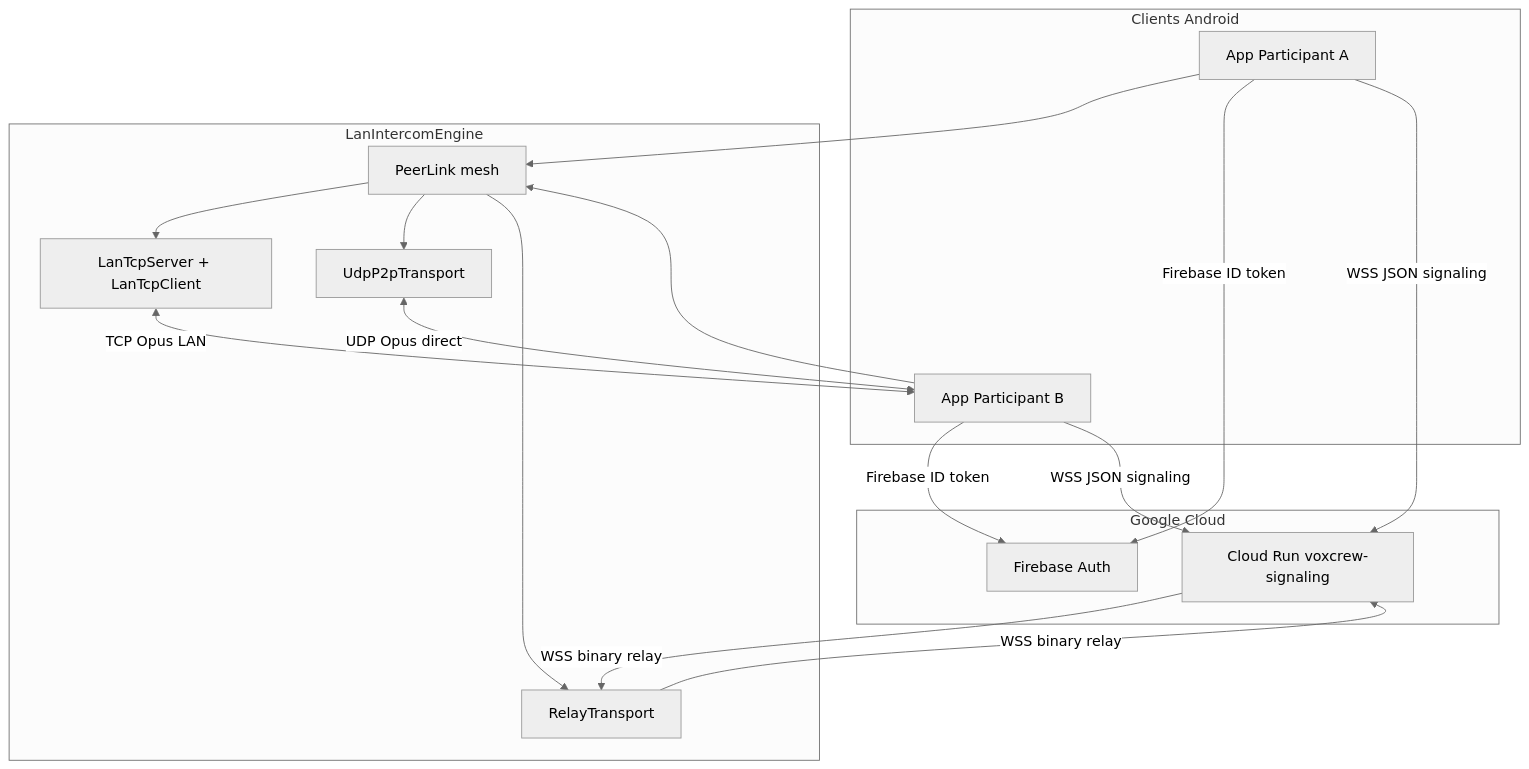
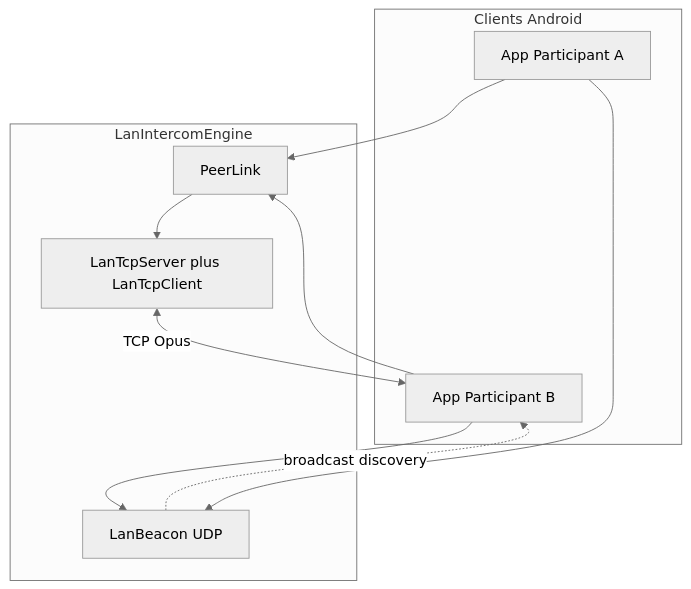
One commit to nblaisot/voxcrew changed the first of 2 diagrams in docs/architecture.md. Above: the diagram before and after it, drawn with Mermaid (neutral theme). The commit also changed other lines of this file and 98 other files, not shown here.

First line of the commit message:
Remove cloud backend and make VoxCrew LAN-only. (#11)

````diff
--- a/docs/architecture.md
+++ b/docs/architecture.md
@@ -5,30 +5,19 @@
 ```mermaid
 flowchart TB
   subgraph clients [Clients Android]
     AppA[App Participant A]
     AppB[App Participant B]
   end
   subgraph lanlink [LanIntercomEngine]
-    PL[PeerLink mesh]
-    LAN[LanTcpServer + LanTcpClient]
-    UDP[UdpP2pTransport]
-    REL[RelayTransport]
-  end
-  subgraph gcp [Google Cloud]
-    CR[Cloud Run voxcrew-signaling]
-    FA[Firebase Auth]
+    PL[PeerLink]
+    LAN[LanTcpServer plus LanTcpClient]
+    Beacon[LanBeacon UDP]
   end
   AppA --> PL
   AppB --> PL
   PL --> LAN
-  PL --> UDP
-  PL --> REL
-  LAN <-->|TCP Opus LAN| AppB
-  UDP <-->|UDP Opus direct| AppB
-  REL -->|WSS binary relay| CR
-  CR -->|WSS binary relay| REL
-  AppA -->|Firebase ID token| FA
-  AppB -->|Firebase ID token| FA
-  AppA -->|WSS JSON signaling| CR
-  AppB -->|WSS JSON signaling| CR
+  AppA --> Beacon
+  AppB --> Beacon
+  LAN <-->|TCP Opus| AppB
+  Beacon -.->|broadcast discovery| AppB
 ```
````
